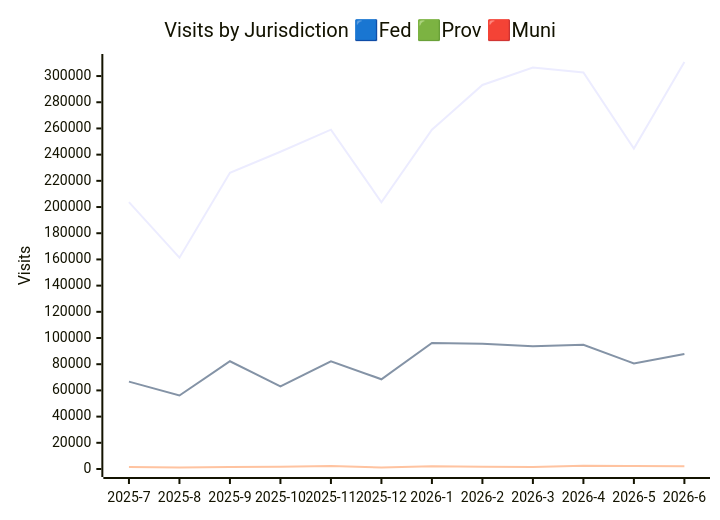
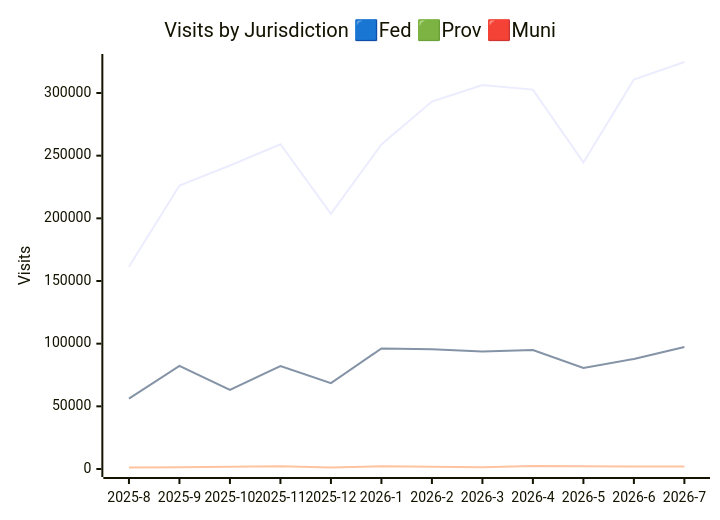
The second of 3 diagrams in JURISDICTION_ANALYTICS_REPORT/readme.md (open-data/analytics-corporate-reporting), drawn with Mermaid before and after one commit. The commit also changed other lines of this file and 3 other files, not shown here.

````diff
--- a/JURISDICTION_ANALYTICS_REPORT/readme.md
+++ b/JURISDICTION_ANALYTICS_REPORT/readme.md
@@ -26,10 +26,10 @@
 ```mermaid
 
 xychart-beta
     title "Visits by Jurisdiction 🟦Fed 🟩Prov 🟥Muni"
-    x-axis [2025-7, 2025-8, 2025-9, 2025-10, 2025-11, 2025-12, 2026-1, 2026-2, 2026-3, 2026-4, 2026-5, 2026-6]
-    y-axis "Visits" 0 --> 310729
-    line [203784, 161346, 226193, 242176, 259099, 203626, 258993, 293204, 306434, 302699, 244610, 310719]
-    line [66708, 56125, 82254, 63140, 82168, 68507, 96190, 95559, 93799, 94888, 80579, 87817]
-    line [1451, 1187, 1472, 1717, 2282, 1200, 2113, 1718, 1475, 2389, 2241, 2036]
+    x-axis [2025-8, 2025-9, 2025-10, 2025-11, 2025-12, 2026-1, 2026-2, 2026-3, 2026-4, 2026-5, 2026-6, 2026-7]
+    y-axis "Visits" 0 --> 324735
+    line [161346, 226193, 242176, 259099, 203626, 258993, 293204, 306434, 302699, 244610, 310719, 324725]
+    line [56125, 82254, 63140, 82168, 68507, 96190, 95559, 93799, 94888, 80579, 87817, 97366]
+    line [1187, 1472, 1717, 2282, 1200, 2113, 1718, 1475, 2389, 2241, 2036, 1954]
 ```
````
